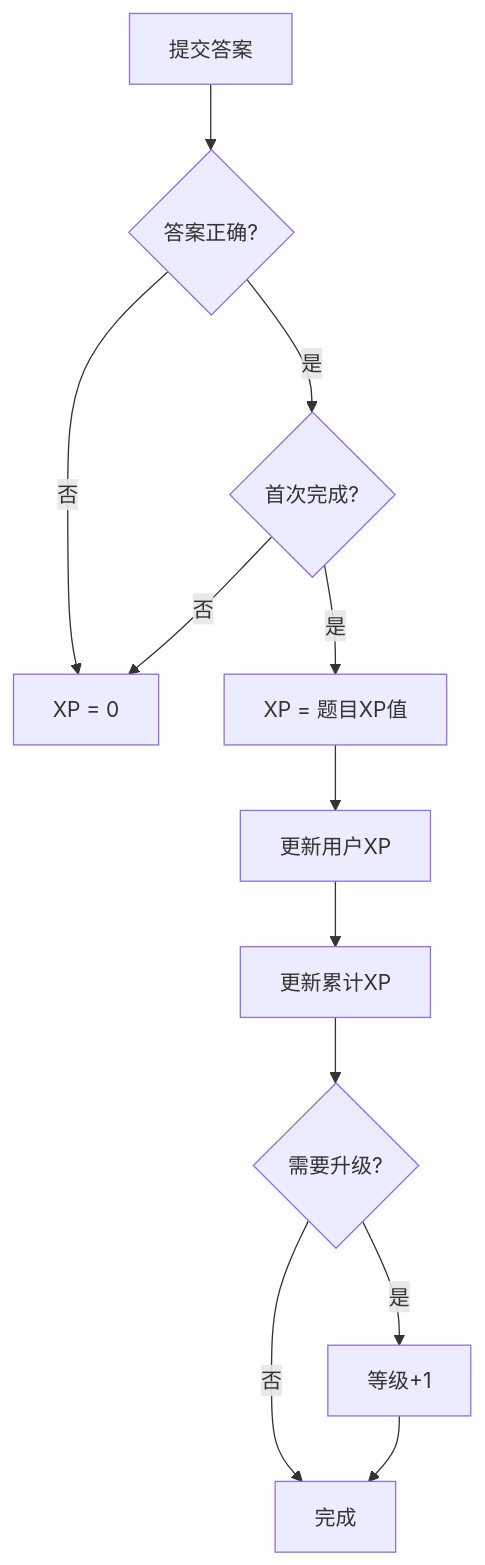
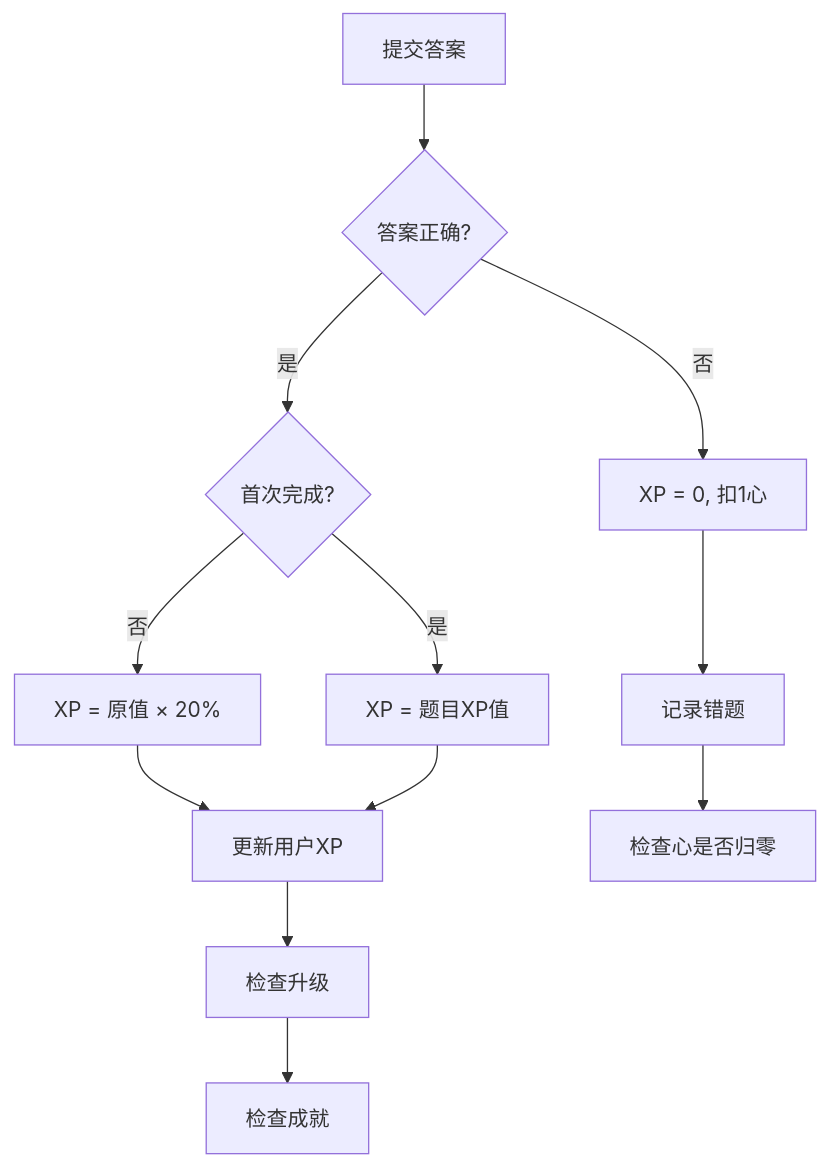
One commit to momo2029/noiquest changed the first of 4 diagrams in docs/modules/gamification.md. Above: the diagram before and after it, drawn with Mermaid. The commit also changed other lines of this file and 4 other files, not shown here.

````diff
--- a/docs/modules/gamification.md
+++ b/docs/modules/gamification.md
@@ -47,14 +224,14 @@
 ```mermaid
 flowchart TD
     A[提交答案] --> B{答案正确?}
-    B -->|否| C[XP = 0]
+    B -->|否| C[XP = 0, 扣1心]
     B -->|是| D{首次完成?}
-    D -->|否| C
-    D -->|是| E[XP = 题目XP值]
-    E --> F[更新用户XP]
-    F --> G[更新累计XP]
-    G --> H{需要升级?}
-    H -->|是| I[等级+1]
-    H -->|否| J[完成]
-    I --> J
+    D -->|否| E[XP = 原值 × 20%]
+    D -->|是| F[XP = 题目XP值]
+    E --> G[更新用户XP]
+    F --> G
+    G --> H[检查升级]
+    H --> I[检查成就]
+    C --> J[记录错题]
+    J --> K[检查心是否归零]
 ```
````
